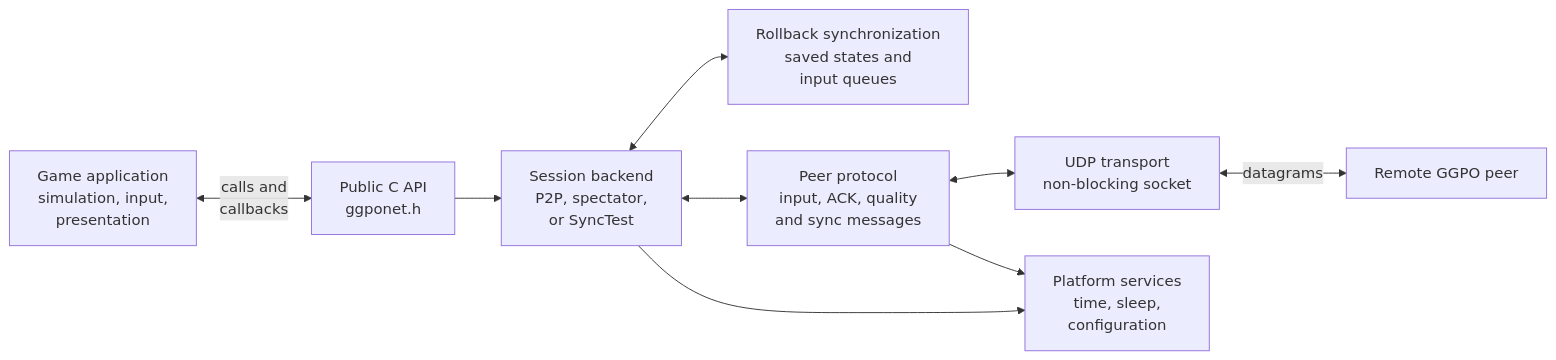
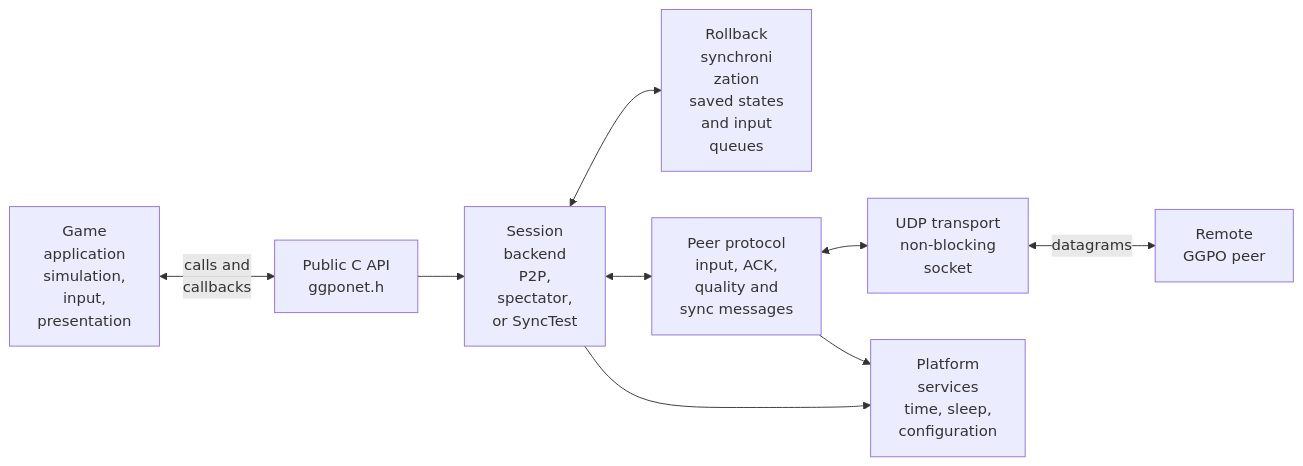
One commit to irregularthanis/ggpo-next changed the first of 2 diagrams in doc/architecture/Overview.md. Above: the diagram before and after it, drawn with Mermaid. The commit also changed other lines of this file and 8 other files, not shown here.

Commit message:
docs: tighten all architecture diagram wrapping

````diff
--- a/doc/architecture/Overview.md
+++ b/doc/architecture/Overview.md
@@ -39,20 +39,20 @@
 ```mermaid
 flowchart LR
-    Game["Game application<br/>simulation, input,<br/>presentation"]
+    Game["Game<br/>application<br/>simulation,<br/>input,<br/>presentation"]
     API["Public C API<br/>ggponet.h"]
-    Backend["Session backend<br/>P2P, spectator,<br/>or SyncTest"]
-    Sync["Rollback synchronization<br/>saved states and<br/>input queues"]
-    Protocol["Peer protocol<br/>input, ACK, quality<br/>and sync messages"]
-    UDP["UDP transport<br/>non-blocking socket"]
-    Peer["Remote GGPO peer"]
-    Platform["Platform services<br/>time, sleep,<br/>configuration"]
+    Backend["Session<br/>backend<br/>P2P,<br/>spectator,<br/>or SyncTest"]
+    Sync["Rollback<br/>synchroni<br/>zation<br/>saved states<br/>and input<br/>queues"]
+    Protocol["Peer protocol<br/>input, ACK,<br/>quality and<br/>sync messages"]
+    UDP["UDP transport<br/>non-blocking<br/>socket"]
+    Peer["Remote<br/>GGPO peer"]
+    Platform["Platform<br/>services<br/>time, sleep,<br/>configuration"]
 
     Game <-->|"calls and<br/>callbacks"| API
     API --> Backend
     Backend <--> Sync
     Backend <--> Protocol
     Protocol <--> UDP
     UDP <-->|"datagrams"| Peer
     Backend --> Platform
     Protocol --> Platform
 ```
````
